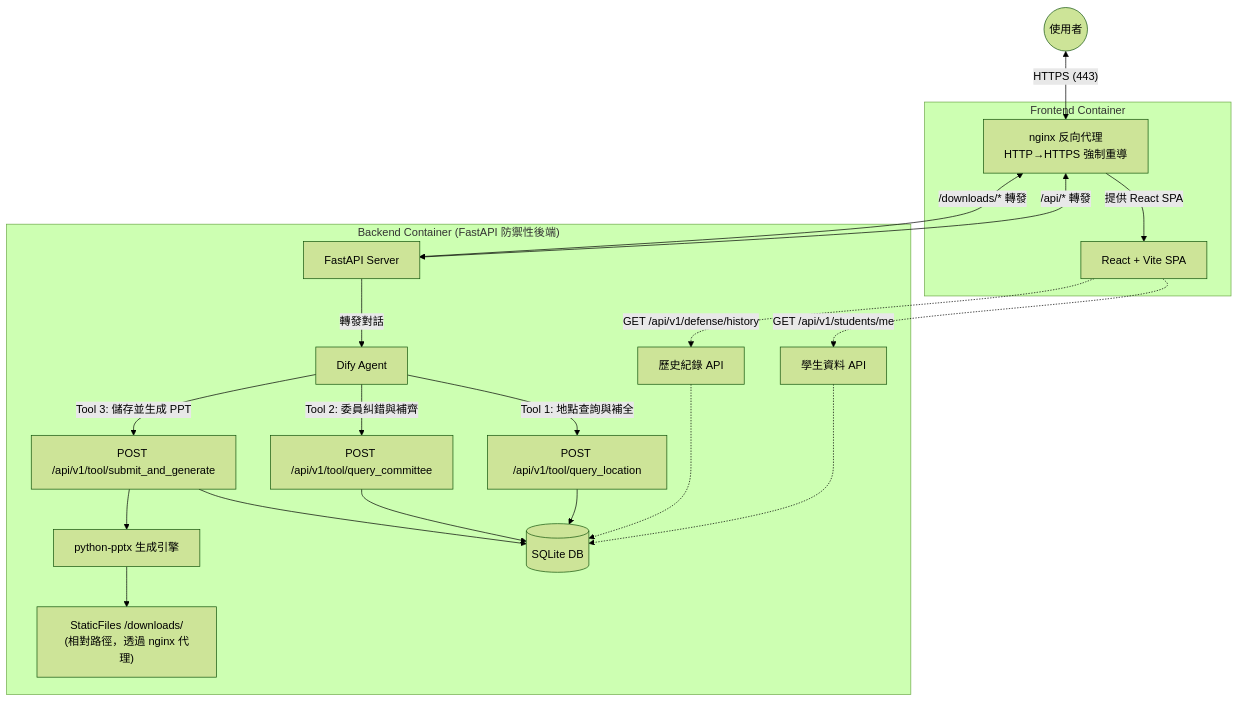
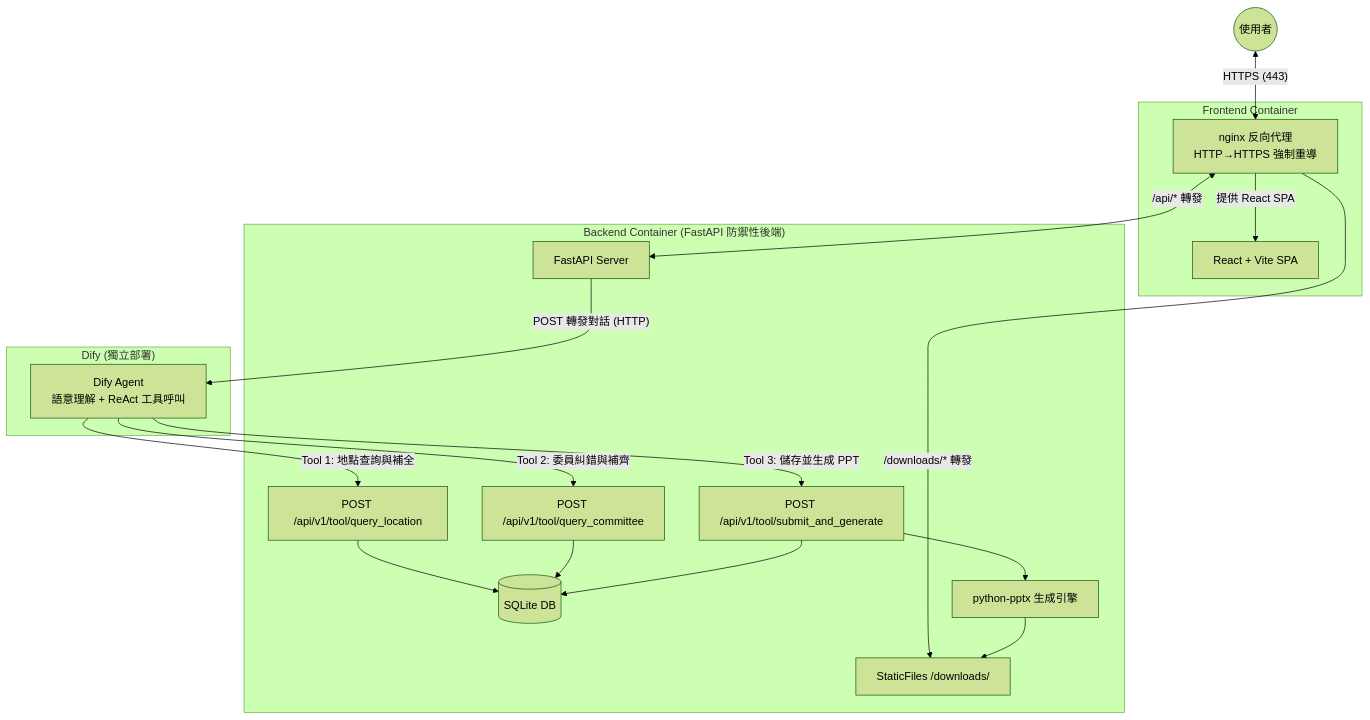
One commit to NTUST-Lab-training/defense-bot changed the diagram in README.md. Above: the diagram before and after it, drawn with Mermaid (forest theme). The commit also changed other lines of this file and 3 other files, not shown here.

````diff
--- a/README.md
+++ b/README.md
@@ -31,30 +31,34 @@
 ```mermaid
 graph TD
     User((使用者)) <-->|"HTTPS (443)"| Nginx
 
-    subgraph "Frontend Container"
-        Nginx[nginx 反向代理\nHTTP→HTTPS 強制重導] -->|提供 React SPA| SPA[React + Vite SPA]
+    subgraph Frontend["Frontend Container"]
+        Nginx["nginx 反向代理<br/>HTTP→HTTPS 強制重導"] -->|提供 React SPA| SPA[React + Vite SPA]
+    end
+
+    subgraph DifyContainer["Dify (獨立部署)"]
+        Dify["Dify Agent<br/>語意理解 + ReAct 工具呼叫"]
     end
 
     Nginx <-->|"/api/* 轉發"| Backend
-    Nginx <-->|"/downloads/* 轉發"| Backend
+    Nginx -->|"/downloads/* 轉發"| DL
 
-    subgraph "Backend Container (FastAPI 防禦性後端)"
-        Backend[FastAPI Server] -->|轉發對話| Dify[Dify Agent]
-        
-        Dify --"Tool 1: 地點查詢與補全"--> LocAPI["POST /api/v1/tool/query_location"]
-        Dify --"Tool 2: 委員糾錯與補齊"--> ComAPI["POST /api/v1/tool/query_committee"]
-        Dify --"Tool 3: 儲存並生成 PPT"--> GenAPI["POST /api/v1/tool/submit_and_generate"]
-        
+    subgraph BackendContainer["Backend Container (FastAPI 防禦性後端)"]
+        Backend[FastAPI Server]
+
+        LocAPI["POST /api/v1/tool/query_location"]
+        ComAPI["POST /api/v1/tool/query_committee"]
+        GenAPI["POST /api/v1/tool/submit_and_generate"]
+
         LocAPI --> DB[(SQLite DB)]
         ComAPI --> DB
         GenAPI --> DB
         GenAPI --> PPT[python-pptx 生成引擎]
-        PPT --> DL["StaticFiles /downloads/\n(相對路徑，透過 nginx 代理)"]
-        
-        SPA -.->|"GET /api/v1/students/me"| ProfileAPI[學生資料 API]
-        SPA -.->|"GET /api/v1/defense/history"| HistoryAPI[歷史紀錄 API]
-        ProfileAPI -.-> DB
-        HistoryAPI -.-> DB
+        PPT --> DL["StaticFiles /downloads/"]
     end
+
+    Backend -->|"POST 轉發對話 (HTTP)"| Dify
+    Dify --"Tool 1: 地點查詢與補全"--> LocAPI
+    Dify --"Tool 2: 委員糾錯與補齊"--> ComAPI
+    Dify --"Tool 3: 儲存並生成 PPT"--> GenAPI
 ```
````
